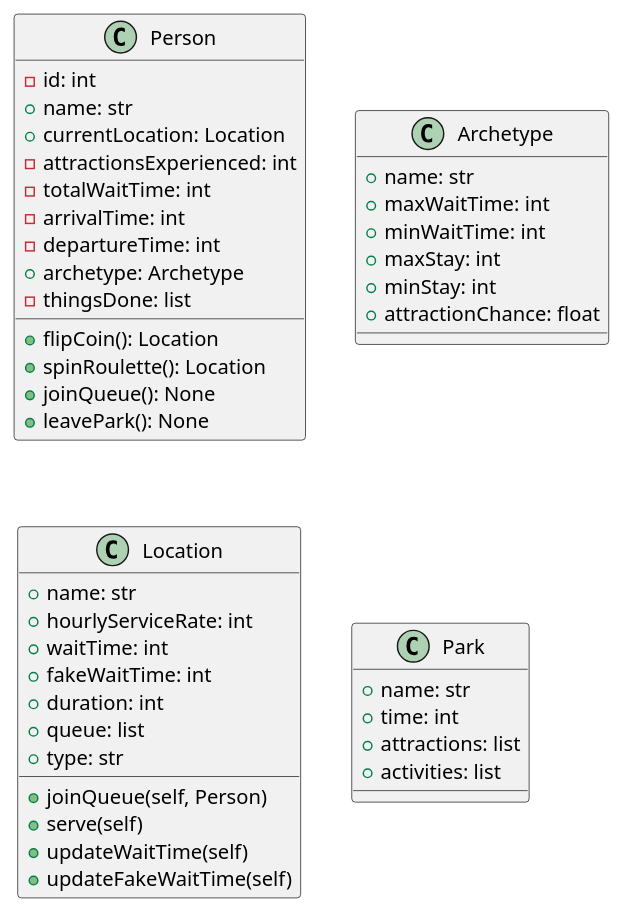
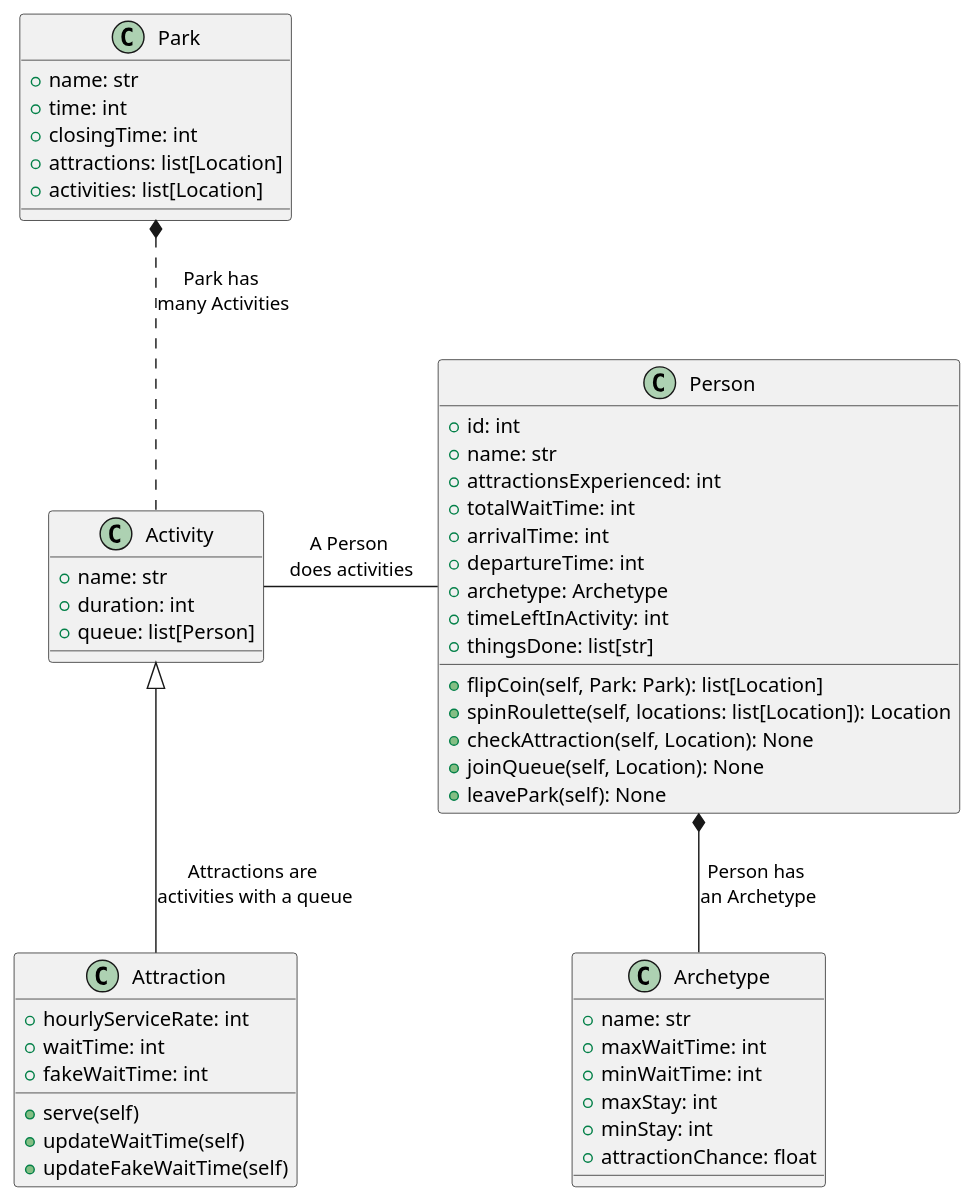
The diagram in 7mo Semestre/Simulación Digital/Proyecto Final/Desarrollo/Planning/Class Diagrams/Park.plantuml (MrDahaniel/uisFiles), drawn with PlantUML before and after one commit.

```diff
--- a/7mo Semestre/Simulación Digital/Proyecto Final/Desarrollo/Planning/Class Diagrams/Park.plantuml
+++ b/7mo Semestre/Simulación Digital/Proyecto Final/Desarrollo/Planning/Class Diagrams/Park.plantuml
@@ -1,68 +1,77 @@
 @startuml
 
      ' skinparam style strictuml
      skinparam defaultTextAlignment center
 
      ' Class Declaration
      class Person {
           ' Variables
-          -id: int
+          +id: int
           +name: str
-          +currentLocation: Location
-          -attractionsExperienced: int
-          -totalWaitTime: int
-          -arrivalTime: int
-          -departureTime: int
+          +attractionsExperienced: int
+          +totalWaitTime: int
+          +arrivalTime: int
+          +departureTime: int
           +archetype: Archetype
-          -thingsDone: list
+          +timeLeftInActivity: int
+          +thingsDone: list[str]
 
           ' Methods
-          +flipCoin(): Location
-          +spinRoulette(): Location
-          +joinQueue(): None
-          +leavePark(): None
+          +flipCoin(self, Park: Park): list[Location]
+          +spinRoulette(self, locations: list[Location]): Location
+          +checkAttraction(self, Location): None
+          +joinQueue(self, Location): None
+          +leavePark(self): None
      }
 
      class Archetype {
           ' Variables
           +name: str
           +maxWaitTime: int
           +minWaitTime: int
           +maxStay: int
           +minStay: int
           +attractionChance: float
 
           ' Methods
 
      }
 
-     class Location {
+     class Activity {
           ' Variables
           +name: str
+          +duration: int
+          +queue: list[Person]
+
+     }
+
+     class Attraction {
+          ' Variables
           +hourlyServiceRate: int
           +waitTime: int
           +fakeWaitTime: int
-          +duration: int
-          +queue: list
-          +type: str
-
           ' Methods
-          +joinQueue(self, Person)
+          
           +serve(self)
           +updateWaitTime(self)
           +updateFakeWaitTime(self)
      }
 
      class Park {
           ' Variables
           +name: str
           +time: int
-          +attractions: list
-          +activities: list
+          +closingTime: int
+          +attractions: list[Location]
+          +activities: list[Location]
 
           ' Methods
      }
 
      ' Relationships
+     Park *.. Activity : Park has \nmany Activities
+     Activity <|-- Attraction : Attractions are \nactivities with a queue
+     Person -left-  Activity : A Person \ndoes activities
+     Person *-- Archetype : Person has \nan Archetype
 
 @enduml
```
